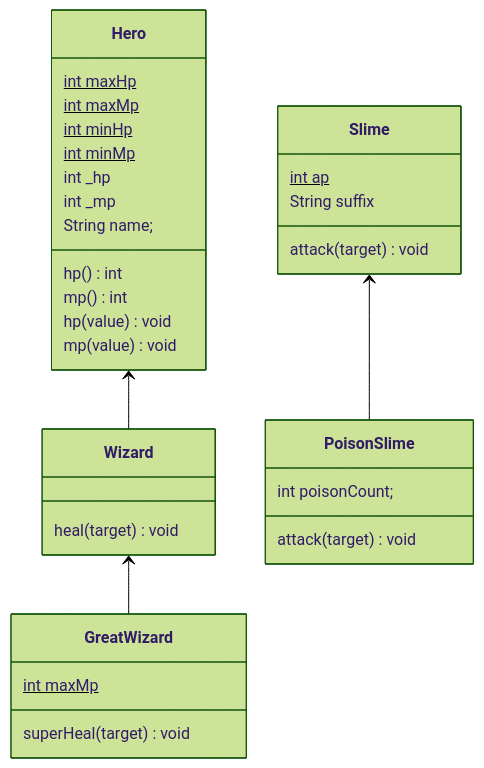
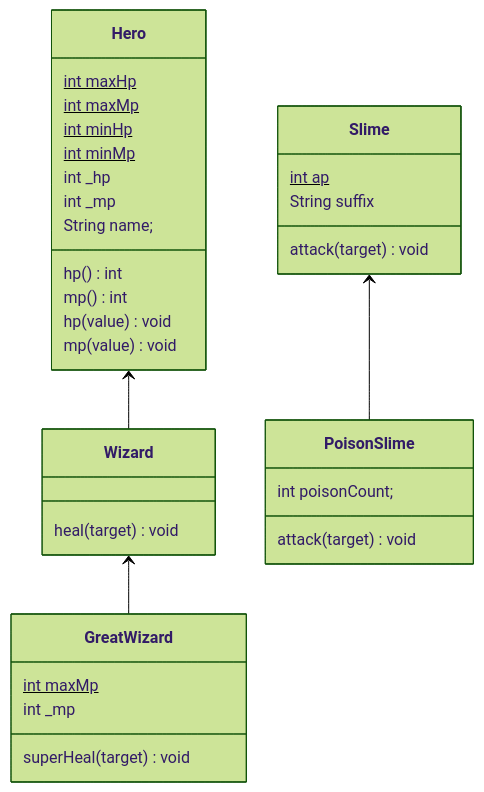
One commit to SurvivalCodingCampus/modu-3-dart-study changed the second of 2 diagrams in assignments/2025-03-18/README.md. Above: the diagram before and after it, drawn with Mermaid (forest theme). The commit also changed 1 other file, not shown here.

Commit message:
docs: class 수정 부분 class diagram에 반영

````diff
--- a/assignments/2025-03-18/README.md
+++ b/assignments/2025-03-18/README.md
@@ -69,42 +69,43 @@
 ```mermaid
 classDiagram
 
 class Hero {
 int maxHp$
 int maxMp$
 int minHp$
 int minMp$
 int _hp
 int _mp
 String name;
 hp() int
 mp() int
 hp(value) void
 mp(value) void
 }
 
 class Wizard {
 heal(target) void
 }
 
 class GreatWizard {
 int maxMp$
+int _mp
 superHeal(target) void
 }
 
 class Slime {
 int ap$
 String suffix
 attack(target) void
 }
 
 class PoisonSlime {
 int poisonCount;
 attack(target) void
 }
 
 Hero <-- Wizard
 Wizard <-- GreatWizard
 
 Slime <-- PoisonSlime
 ```
````
